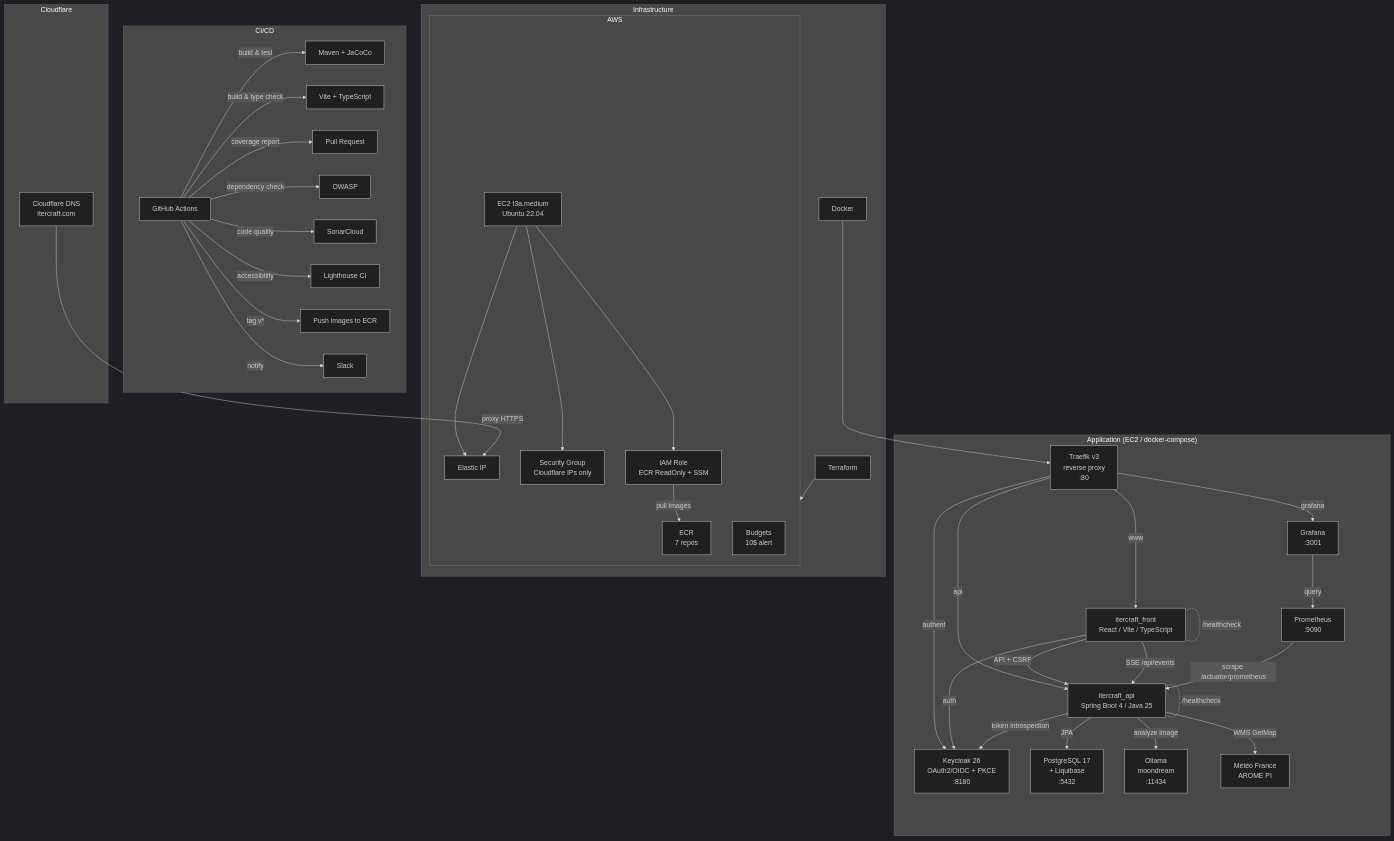
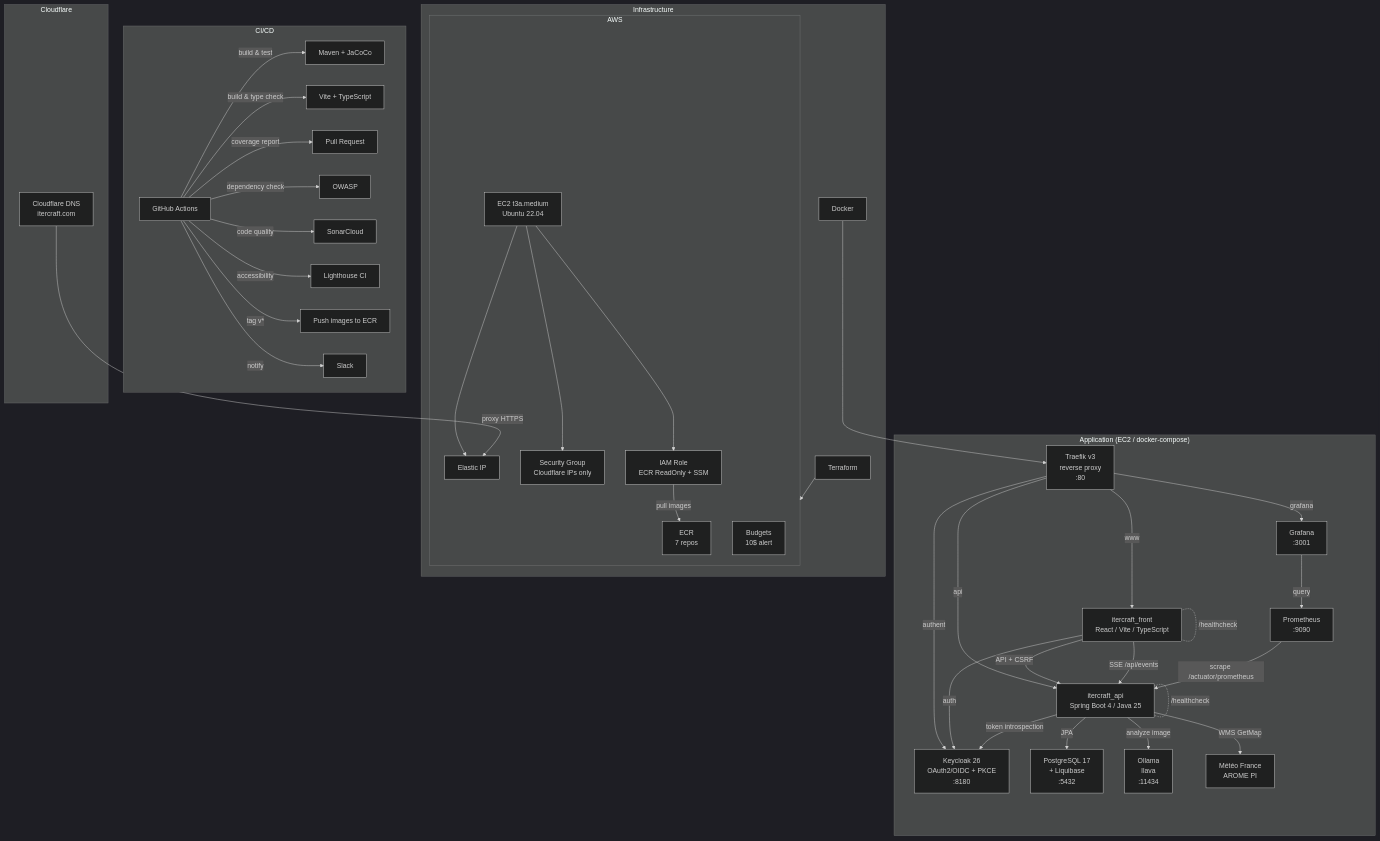
One commit to neodatsu/itercraft changed the diagram in README.md. Above: the diagram before and after it, drawn with Mermaid (dark theme). The commit also changed other lines of this file and 10 other files, not shown here.

````diff
--- a/README.md
+++ b/README.md
@@ -9,59 +9,59 @@
 ```mermaid
 graph TB
     subgraph CI/CD
         GH[GitHub Actions]
         GH -->|build & test| MVN[Maven + JaCoCo]
         GH -->|build & type check| VITE[Vite + TypeScript]
         GH -->|coverage report| PR[Pull Request]
         GH -->|dependency check| OWASP[OWASP]
         GH -->|code quality| SONAR[SonarCloud]
         GH -->|accessibility| LH[Lighthouse CI]
         GH -->|tag v*| ECR_PUSH[Push images to ECR]
         GH -->|notify| SLACK[Slack]
     end
 
     subgraph AWS
         ECR[ECR<br/>7 repos]
         BUD[Budgets<br/>10$ alert]
         EC2[EC2 t3a.medium<br/>Ubuntu 22.04]
         EIP[Elastic IP]
         SG[Security Group<br/>Cloudflare IPs only]
         IAM[IAM Role<br/>ECR ReadOnly + SSM]
         EC2 --> EIP
         EC2 --> SG
         EC2 --> IAM
         IAM -->|pull images| ECR
     end
 
     subgraph Cloudflare
         CF[Cloudflare DNS<br/>itercraft.com]
         CF -->|proxy HTTPS| EIP
     end
 
     subgraph "Application (EC2 / docker-compose)"
         TRAEFIK[Traefik v3<br/>reverse proxy<br/>:80]
         TRAEFIK -->|www| FRONT[itercraft_front<br/>React / Vite / TypeScript]
         TRAEFIK -->|api| API[itercraft_api<br/>Spring Boot 4 / Java 25]
         TRAEFIK -->|authent| KC[Keycloak 26<br/>OAuth2/OIDC + PKCE<br/>:8180]
         TRAEFIK -->|grafana| GRAF[Grafana<br/>:3001]
         API -.-|/healthcheck| API
         FRONT -.-|/healthcheck| FRONT
         FRONT -->|auth| KC
         FRONT -->|API + CSRF| API
         FRONT -->|SSE /api/events| API
         API -->|token introspection| KC
         API -->|JPA| PG[PostgreSQL 17<br/>+ Liquibase<br/>:5432]
-        OLLAMA[Ollama<br/>moondream<br/>:11434]
+        OLLAMA[Ollama<br/>llava<br/>:11434]
         API -->|analyze image| OLLAMA
         API -->|WMS GetMap| MF[Météo France<br/>AROME PI]
         PROM[Prometheus<br/>:9090] -->|scrape /actuator/prometheus| API
         GRAF -->|query| PROM
     end
 
     subgraph Infrastructure
         TF[Terraform]
         DOCKER[Docker]
         TF --> AWS
         DOCKER --> TRAEFIK
     end
 ```
````
